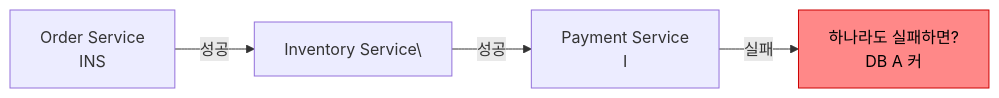
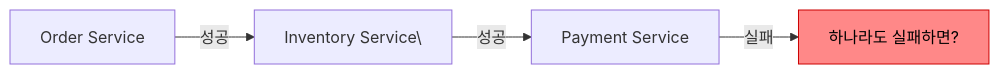
Before and after one commit to yjkim2015/yjkim2015.github.io: the first of 8 diagrams in _posts/spring/2026-05-01-distributed-transaction.md, drawn with Mermaid. The commit also changed 217 other files, not shown here.

First line of the commit message:
Mermaid 크기 수정: useMaxWidth:true + SVG max-width:100% + 라벨 축소

````diff
--- a/_posts/spring/2026-05-01-distributed-transaction.md
+++ b/_posts/spring/2026-05-01-distributed-transaction.md
@@ -21,9 +21,9 @@
 ```mermaid
 graph LR
-    OS["Order Service\nINS"]
+    OS["Order Service"]
     IS["Inventory Service\"]
-    PS["Payment Service\nI"]
-    FAIL["하나라도 실패하면?\nDB A 커"]
+    PS["Payment Service"]
+    FAIL["하나라도 실패하면?"]
     OS -->|"성공"| IS -->|"성공"| PS -->|"실패"| FAIL
     style FAIL fill:#f88,stroke:#c00,color:#000
 ```
````
